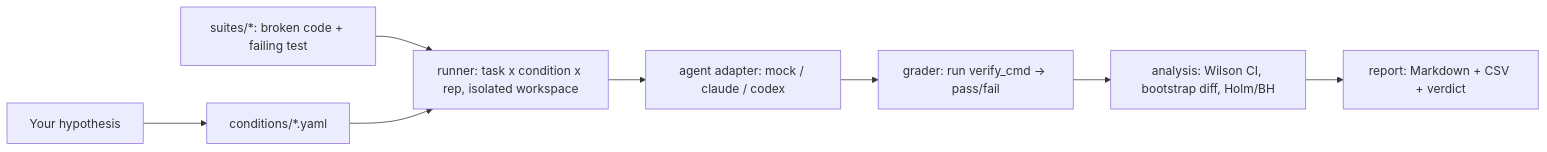
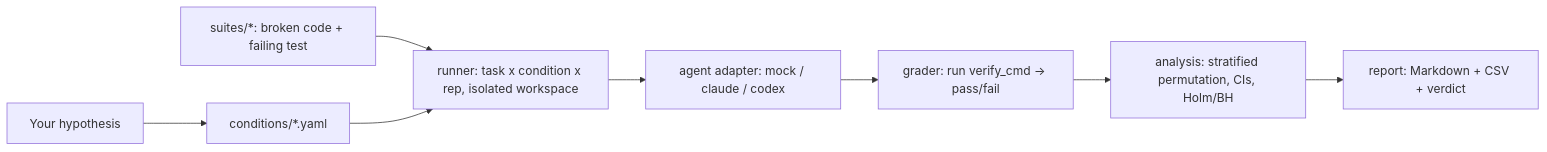
One commit to Galou3/cc-bench changed the first of 2 diagrams in README.md. Above: the diagram before and after it, drawn with Mermaid. The commit also changed other lines of this file and 12 other files, not shown here.

````diff
--- a/README.md
+++ b/README.md
@@ -86,10 +86,10 @@
 ```mermaid
 flowchart LR
   H[Your hypothesis] --> C[conditions/*.yaml]
   T[suites/*: broken code + failing test] --> R
   C --> R[runner: task x condition x rep, isolated workspace]
   R --> AG[agent adapter: mock / claude / codex]
   AG --> G[grader: run verify_cmd -> pass/fail]
-  G --> AN[analysis: Wilson CI, bootstrap diff, Holm/BH]
+  G --> AN[analysis: stratified permutation, CIs, Holm/BH]
   AN --> RP[report: Markdown + CSV + verdict]
 ```
````
